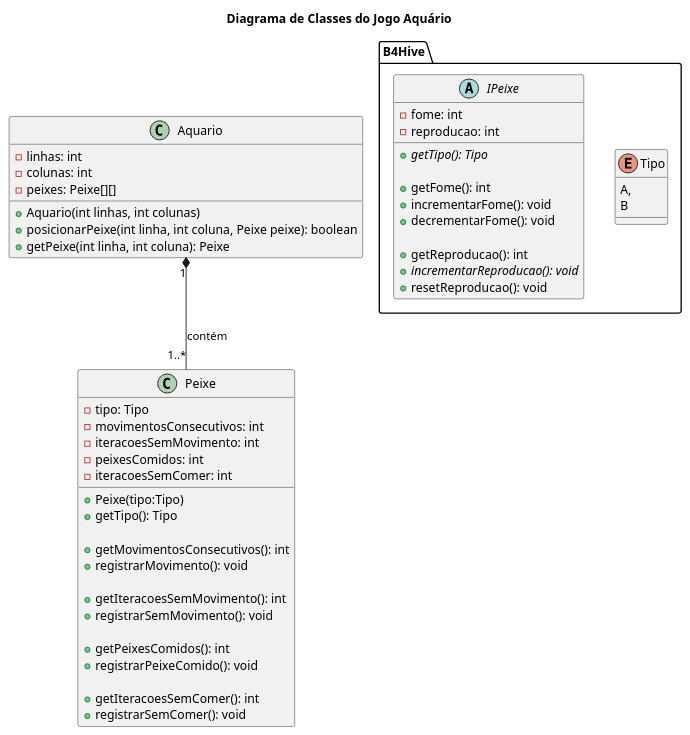
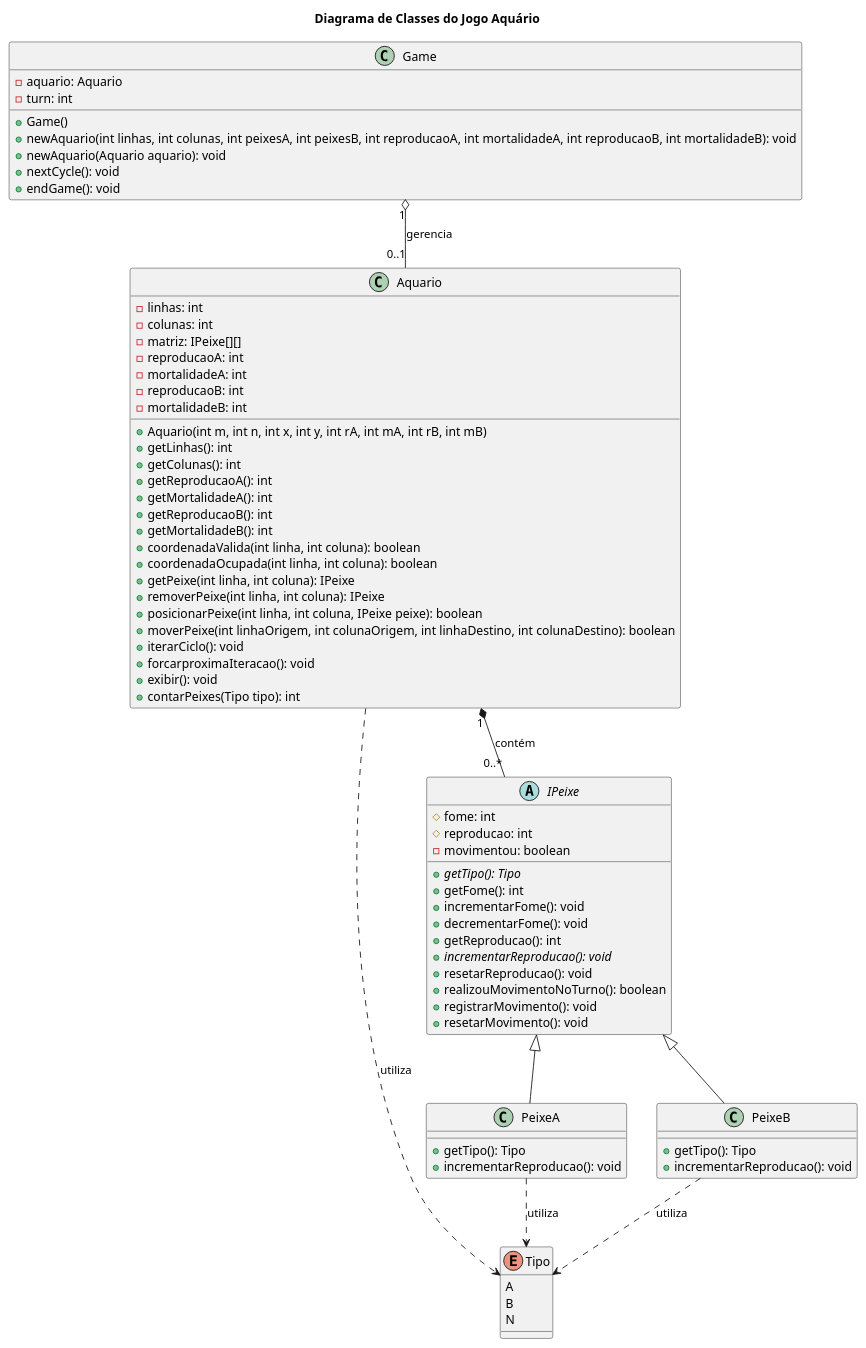
Before and after one commit to eduardaac/parteI-teste_funcional: the diagram in class.puml, drawn with PlantUML. The commit also changed 7 other files, not shown here.

First line of the commit message:
feat: implement Game class for managing the aquarium game logic; add App class for user interaction; update Aquario and IPeixe classes with new methods and logic

```diff
--- a/class.puml
+++ b/class.puml
@@ -1,64 +1,82 @@
 @startuml AquarioClassDiagram
 
 title Diagrama de Classes do Jogo Aquário
 
 class Aquario {
     - linhas: int
     - colunas: int
-    - peixes: Peixe[][]
-    + Aquario(int linhas, int colunas)
-    + posicionarPeixe(int linha, int coluna, Peixe peixe): boolean
-    + getPeixe(int linha, int coluna): Peixe
+    - matriz: IPeixe[][]
+    - reproducaoA: int
+    - mortalidadeA: int
+    - reproducaoB: int
+    - mortalidadeB: int
+
+    + Aquario(int m, int n, int x, int y, int rA, int mA, int rB, int mB)
+    + getLinhas(): int
+    + getColunas(): int
+    + getReproducaoA(): int
+    + getMortalidadeA(): int
+    + getReproducaoB(): int
+    + getMortalidadeB(): int
+    + coordenadaValida(int linha, int coluna): boolean
+    + coordenadaOcupada(int linha, int coluna): boolean
+    + getPeixe(int linha, int coluna): IPeixe
+    + removerPeixe(int linha, int coluna): IPeixe
+    + posicionarPeixe(int linha, int coluna, IPeixe peixe): boolean
+    + moverPeixe(int linhaOrigem, int colunaOrigem, int linhaDestino, int colunaDestino): boolean
+    + iterarCiclo(): void
+    + forcarproximaIteracao(): void
+    + exibir(): void
+    + contarPeixes(Tipo tipo): int
 }
 
-Aquario "1" *-- "1..*" Peixe : contém
-
-class Peixe {
-    - tipo: Tipo
-    - movimentosConsecutivos: int
-    - iteracoesSemMovimento: int
-    - peixesComidos: int
-    - iteracoesSemComer: int
-
-    + Peixe(tipo:Tipo)
-    + getTipo(): Tipo
-
-    + getMovimentosConsecutivos(): int
-    + registrarMovimento(): void
-    
-    + getIteracoesSemMovimento(): int
-    + registrarSemMovimento(): void
-
-    + getPeixesComidos(): int
-    + registrarPeixeComido(): void
-
-    + getIteracoesSemComer(): int
-    + registrarSemComer(): void
-
+class Game {
+    - aquario: Aquario
+    - turn: int
+    + Game()
+    + newAquario(int linhas, int colunas, int peixesA, int peixesB, int reproducaoA, int mortalidadeA, int reproducaoB, int mortalidadeB): void
+    + newAquario(Aquario aquario): void
+    + nextCycle(): void
+    + endGame(): void
 }
 
-package B4Hive{
-    enum Tipo {
-        A,
-        B
-    }
-
-    abstract class IPeixe {
-
-        - fome: int
-        - reproducao: int
-        
-        + {abstract} getTipo(): Tipo
-
-        + getFome(): int
-        + incrementarFome(): void
-        + decrementarFome(): void
-
-        + getReproducao(): int
-        + {abstract} incrementarReproducao(): void
-        + resetReproducao(): void
-
-    }
+enum Tipo {
+    A
+    B
+    N
 }
 
+abstract class IPeixe {
+    # fome: int
+    # reproducao: int
+    - movimentou: boolean
+
+    + {abstract} getTipo(): Tipo
+    + getFome(): int
+    + incrementarFome(): void
+    + decrementarFome(): void
+    + getReproducao(): int
+    + {abstract} incrementarReproducao(): void
+    + resetarReproducao(): void
+    + realizouMovimentoNoTurno(): boolean
+    + registrarMovimento(): void
+    + resetarMovimento(): void
+}
+
+class PeixeA extends IPeixe {
+    + getTipo(): Tipo
+    + incrementarReproducao(): void
+}
+
+class PeixeB extends IPeixe{
+    + getTipo(): Tipo
+    + incrementarReproducao(): void
+}
+
+Aquario "1" *-- "0..*" IPeixe : contém
+Game "1" o-- "0..1" Aquario : gerencia
+Aquario ..> Tipo : utiliza
+PeixeA ..> Tipo : utiliza
+PeixeB ..> Tipo : utiliza
+
 @enduml
```
